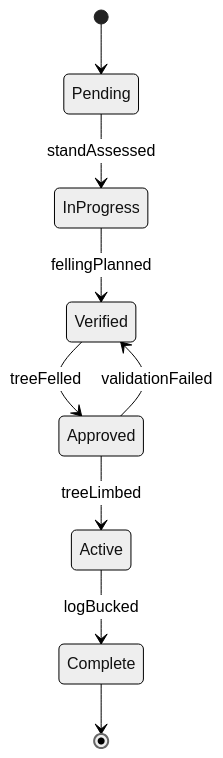
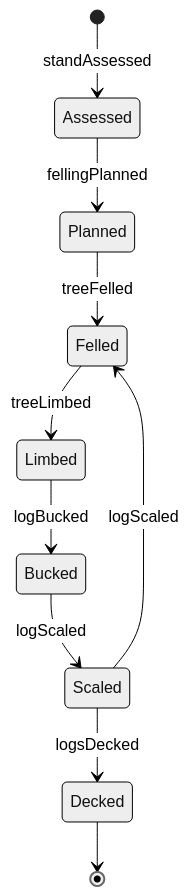
Before and after one commit to dot-org-ai/tasks.org.ai: the second of 4 diagrams in HandlingAndMovingObjects/CutTreesOrOtherVegetation/CutTreesLogs.mdx, drawn with Mermaid (neutral theme). The commit also changed other lines of this file and 515 other files, not shown here.

````diff
--- a/HandlingAndMovingObjects/CutTreesOrOtherVegetation/CutTreesLogs.mdx
+++ b/HandlingAndMovingObjects/CutTreesOrOtherVegetation/CutTreesLogs.mdx
@@ -100,11 +101,12 @@
 ```mermaid
 stateDiagram-v2
-    [*] --> Pending
-    Pending --> InProgress : standAssessed
-    InProgress --> Verified : fellingPlanned
-    Verified --> Approved : treeFelled
-    Approved --> Active : treeLimbed
-    Active --> Complete : logBucked
-    Approved --> Verified : validationFailed
-    Complete --> [*]
+    [*] --> Assessed : standAssessed
+    Assessed --> Planned : fellingPlanned
+    Planned --> Felled : treeFelled
+    Felled --> Limbed : treeLimbed
+    Limbed --> Bucked : logBucked
+    Bucked --> Scaled : logScaled
+    Scaled --> Decked : logsDecked
+    Scaled --> Felled : logScaled
+    Decked --> [*]
 ```
````
